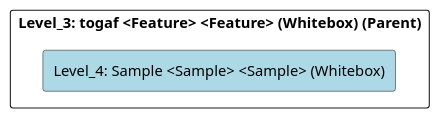
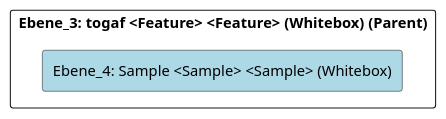
The diagram in doc/cleonproject_deliverables_architecture_model_architecture/adoc/de/05_bausteinsicht/cleon/architecture_methods/togaf/sample/ebene_4_sample.adoc (marcozwyssig/cleon), drawn with PlantUML before and after one commit. The commit also changed other lines of this file and 214 other files, not shown here.

```diff
--- a/doc/cleonproject_deliverables_architecture_model_architecture/adoc/de/05_bausteinsicht/cleon/architecture_methods/togaf/sample/ebene_4_sample.adoc
+++ b/doc/cleonproject_deliverables_architecture_model_architecture/adoc/de/05_bausteinsicht/cleon/architecture_methods/togaf/sample/ebene_4_sample.adoc
@@ -20,24 +20,24 @@
-[plantuml, Level_4: Sample <Sample> <Sample> (Whitebox)BlockOverview, format="svg"]
+[plantuml, Ebene_4: Sample <Sample> <Sample> (Whitebox)BlockOverview, format="svg"]
 ----
-@startuml Level_4: Sample <Sample> <Sample> (Whitebox)BuildingBlockOverview
+@startuml Ebene_4: Sample <Sample> <Sample> (Whitebox)BuildingBlockOverview
 
 skinparam ranksep 10
 skinparam componentStyle rectangle
 skinparam shadowing false
 skinparam arrowColor lightblue
 skinparam arrowThickness 1.2
 skinparam rectangle {
   BackgroundColor White
   BorderColor #333
   RoundCorner 10
 }
 top to bottom direction
 
-component "Level_3: togaf <Feature> <Feature> (Whitebox) (Parent)" {
-    component "Level_4: Sample <Sample> <Sample> (Whitebox)" #lightblue {
+component "Ebene_3: togaf <Feature> <Feature> (Whitebox) (Parent)" {
+    component "Ebene_4: Sample <Sample> <Sample> (Whitebox)" #lightblue {
     }
 
 }
 
 @enduml
 ----
```
